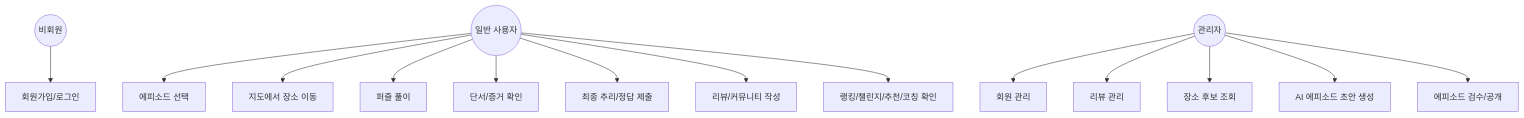
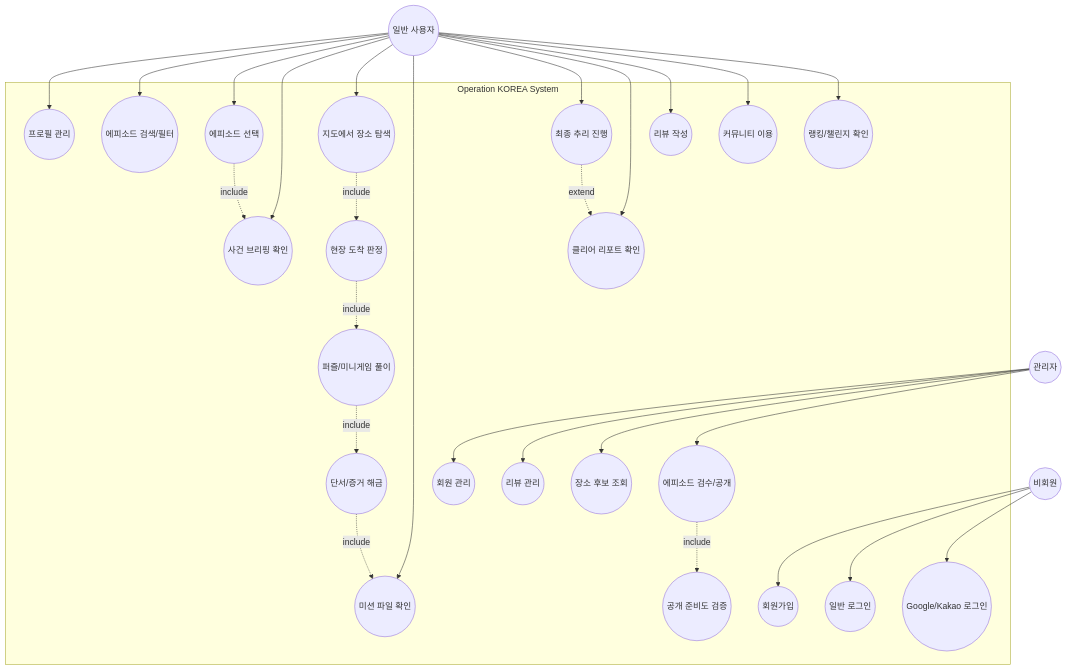
The second of 4 diagrams in docs/02_DESIGN_DOCUMENT.md (kanghyunsoon/operation-seoul), drawn with Mermaid before and after one commit. The commit also changed other lines of this file and 84 other files, not shown here.

````diff
--- a/docs/02_DESIGN_DOCUMENT.md
+++ b/docs/02_DESIGN_DOCUMENT.md
@@ -45,21 +48,56 @@
 ```mermaid
 flowchart TB
-    Guest((비회원))
-    Player((일반 사용자))
-    Admin((관리자))
+    subgraph System["Operation KOREA System"]
+        UC_Register(("회원가입"))
+        UC_Login(("일반 로그인"))
+        UC_OAuth(("Google/Kakao 로그인"))
+        UC_Profile(("프로필 관리"))
+        UC_Search(("에피소드 검색/필터"))
+        UC_Select(("에피소드 선택"))
+        UC_Briefing(("사건 브리핑 확인"))
+        UC_Map(("지도에서 장소 탐색"))
+        UC_Arrive(("현장 도착 판정"))
+        UC_Puzzle(("퍼즐/미니게임 풀이"))
+        UC_Reward(("단서/증거 해금"))
+        UC_CaseFile(("미션 파일 확인"))
+        UC_Deduction(("최종 추리 진행"))
+        UC_Clear(("클리어 리포트 확인"))
+        UC_Review(("리뷰 작성"))
+        UC_Community(("커뮤니티 이용"))
+        UC_Ranking(("랭킹/챌린지 확인"))
+        UC_AdminUser(("회원 관리"))
+        UC_AdminReview(("리뷰 관리"))
+        UC_AdminCandidate(("장소 후보 조회"))
+        UC_AdminEpisode(("에피소드 검수/공개"))
+        UC_Readiness(("공개 준비도 검증"))
+    end
 
-    Guest --> UC1[회원가입/로그인]
-    Player --> UC2[에피소드 선택]
-    Player --> UC3[지도에서 장소 이동]
-    Player --> UC4[퍼즐 풀이]
-    Player --> UC5[단서/증거 확인]
-    Player --> UC6[최종 추리/정답 제출]
-    Player --> UC7[리뷰/커뮤니티 작성]
-    Player --> UC8[랭킹/챌린지/추천/코칭 확인]
+    Guest((비회원)) --> UC_Register
+    Guest --> UC_Login
+    Guest --> UC_OAuth
 
-    Admin --> UC9[회원 관리]
-    Admin --> UC10[리뷰 관리]
-    Admin --> UC11[장소 후보 조회]
-    Admin --> UC12[AI 에피소드 초안 생성]
-    Admin --> UC13[에피소드 검수/공개]
+    Player((일반 사용자)) --> UC_Profile
+    Player --> UC_Search
+    Player --> UC_Select
+    Player --> UC_Briefing
+    Player --> UC_Map
+    Player --> UC_CaseFile
+    Player --> UC_Deduction
+    Player --> UC_Clear
+    Player --> UC_Review
+    Player --> UC_Community
+    Player --> UC_Ranking
+
+    Admin((관리자)) --> UC_AdminUser
+    Admin --> UC_AdminReview
+    Admin --> UC_AdminCandidate
+    Admin --> UC_AdminEpisode
+
+    UC_Select -. include .-> UC_Briefing
+    UC_Map -. include .-> UC_Arrive
+    UC_Arrive -. include .-> UC_Puzzle
+    UC_Puzzle -. include .-> UC_Reward
+    UC_Reward -. include .-> UC_CaseFile
+    UC_Deduction -. extend .-> UC_Clear
+    UC_AdminEpisode -. include .-> UC_Readiness
 ```
````
